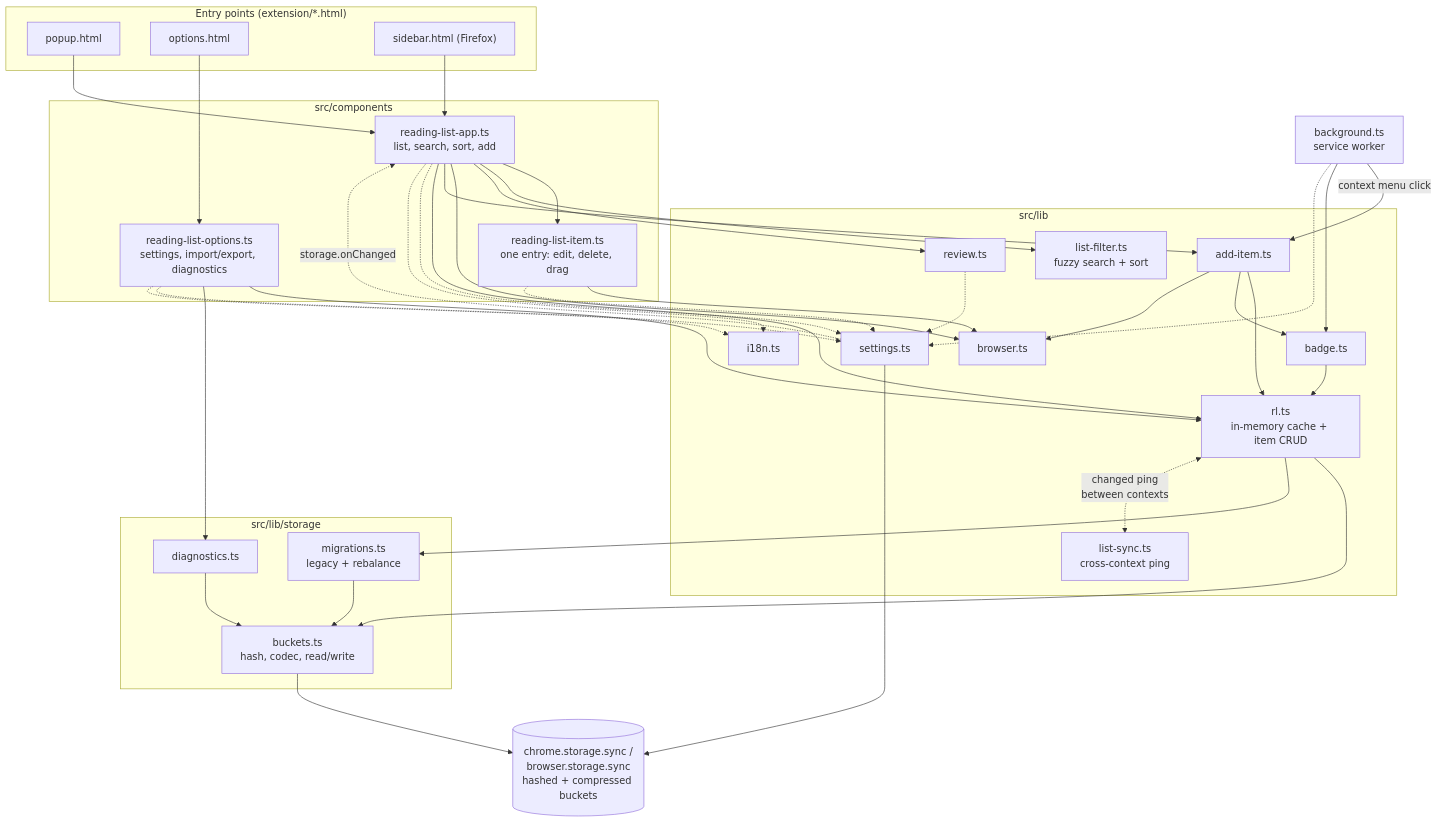
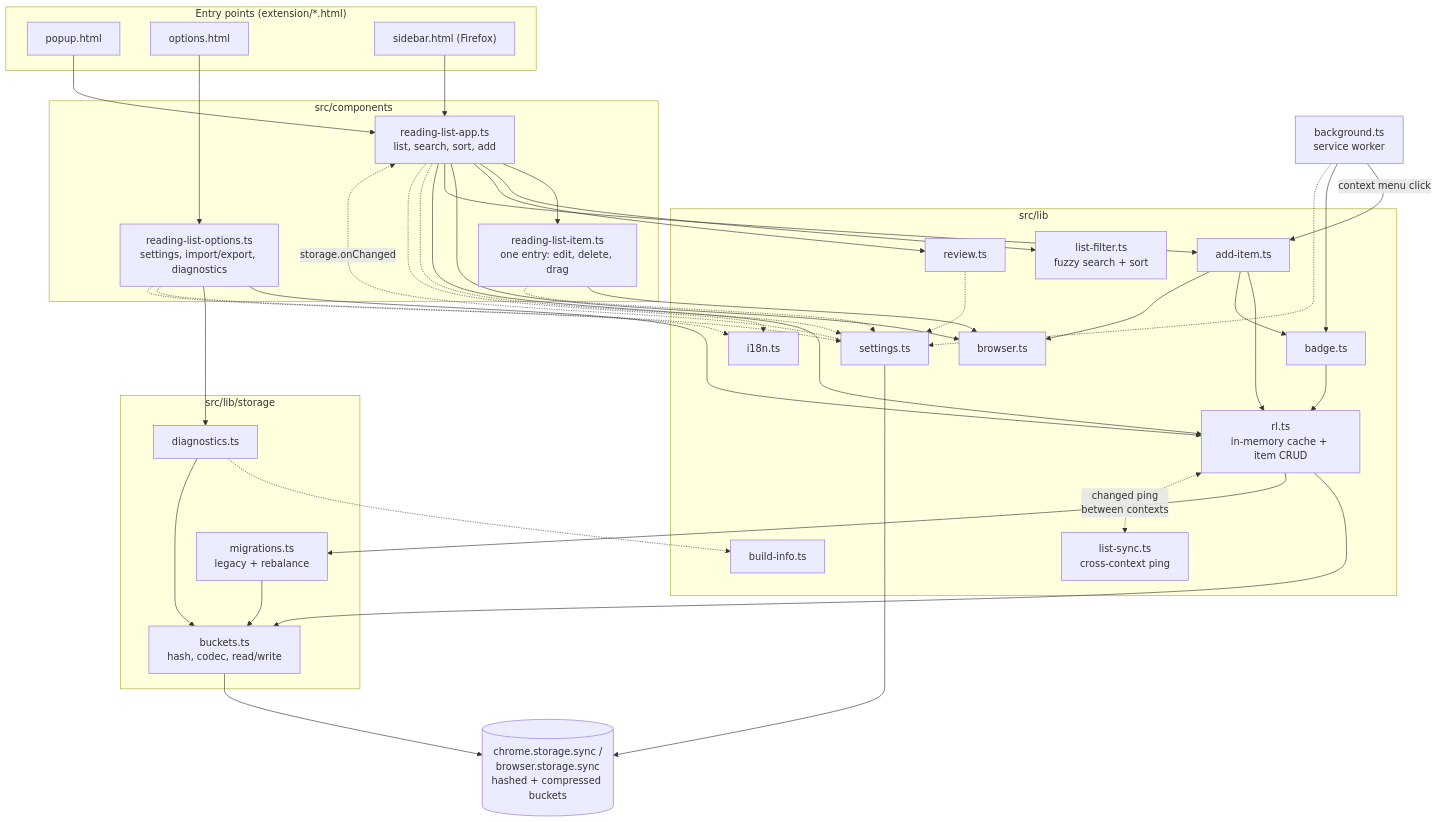
One commit to alexpdraper/reading-list changed the first of 2 diagrams in AGENTS.md. Above: the diagram before and after it, drawn with Mermaid.

Commit message:
Add build-info.ts to the architecture diagram
It was a real gap: diagnostics.ts imports BUILD_TAG from it, but
neither the node nor the edge showed up in the diagram.

````diff
--- a/AGENTS.md
+++ b/AGENTS.md
@@ -11,74 +11,76 @@
 ```mermaid
 graph TD
     subgraph Entry["Entry points (extension/*.html)"]
         Popup["popup.html"]
         Options["options.html"]
         Sidebar["sidebar.html (Firefox)"]
     end
 
     subgraph Components["src/components"]
         App["reading-list-app.ts<br/>list, search, sort, add"]
         OptComp["reading-list-options.ts<br/>settings, import/export, diagnostics"]
         Item["reading-list-item.ts<br/>one entry: edit, delete, drag"]
     end
 
     subgraph Lib["src/lib"]
         RL["rl.ts<br/>in-memory cache + item CRUD"]
         AddItem["add-item.ts"]
         Settings["settings.ts"]
         ListSync["list-sync.ts<br/>cross-context ping"]
         Filter["list-filter.ts<br/>fuzzy search + sort"]
         Badge["badge.ts"]
         Browser["browser.ts"]
         Review["review.ts"]
         I18n["i18n.ts"]
+        BuildInfo["build-info.ts"]
     end
 
     subgraph StorageLib["src/lib/storage"]
         Buckets["buckets.ts<br/>hash, codec, read/write"]
         Migrations["migrations.ts<br/>legacy + rebalance"]
         Diagnostics["diagnostics.ts"]
     end
 
     BG["background.ts<br/>service worker"]
     Storage[("chrome.storage.sync /<br/>browser.storage.sync<br/>hashed + compressed buckets")]
 
     Popup --> App
     Sidebar --> App
     Options --> OptComp
 
     App --> Item
     App --> Filter
     App --> Review
     App --> Browser
     App --> AddItem
     App --> RL
     OptComp --> RL
     OptComp --> Diagnostics
     Item --> Browser
 
     BG -- "context menu click" --> AddItem
     BG --> Badge
     AddItem --> RL
     AddItem --> Badge
     AddItem --> Browser
     Badge --> RL
 
     App -.-> Settings
     OptComp -.-> Settings
     Item -.-> Settings
     Review -.-> Settings
     BG -.-> Settings
     App -.-> I18n
     OptComp -.-> I18n
+    Diagnostics -.-> BuildInfo
 
     RL --> Buckets
     RL --> Migrations
     Migrations --> Buckets
     Diagnostics --> Buckets
     Buckets --> Storage
     Settings --> Storage
 
     RL <-. "changed ping<br/>between contexts" .-> ListSync
     Settings -. "storage.onChanged" .-> App
 ```
````
